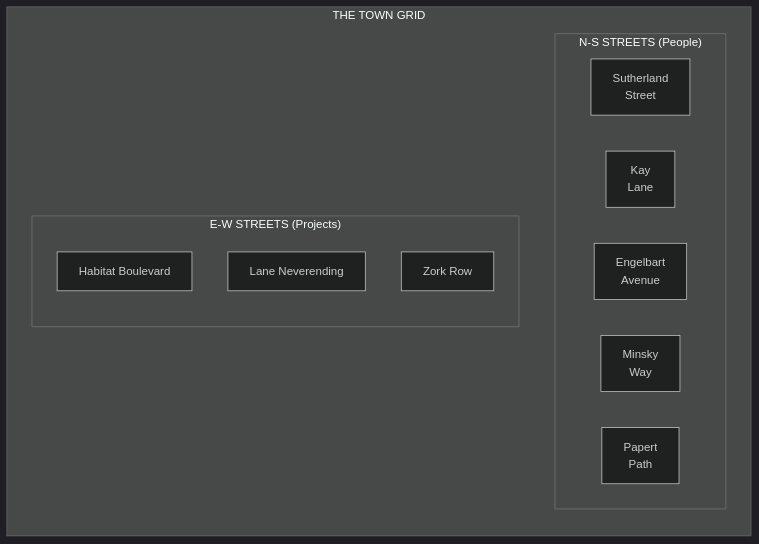
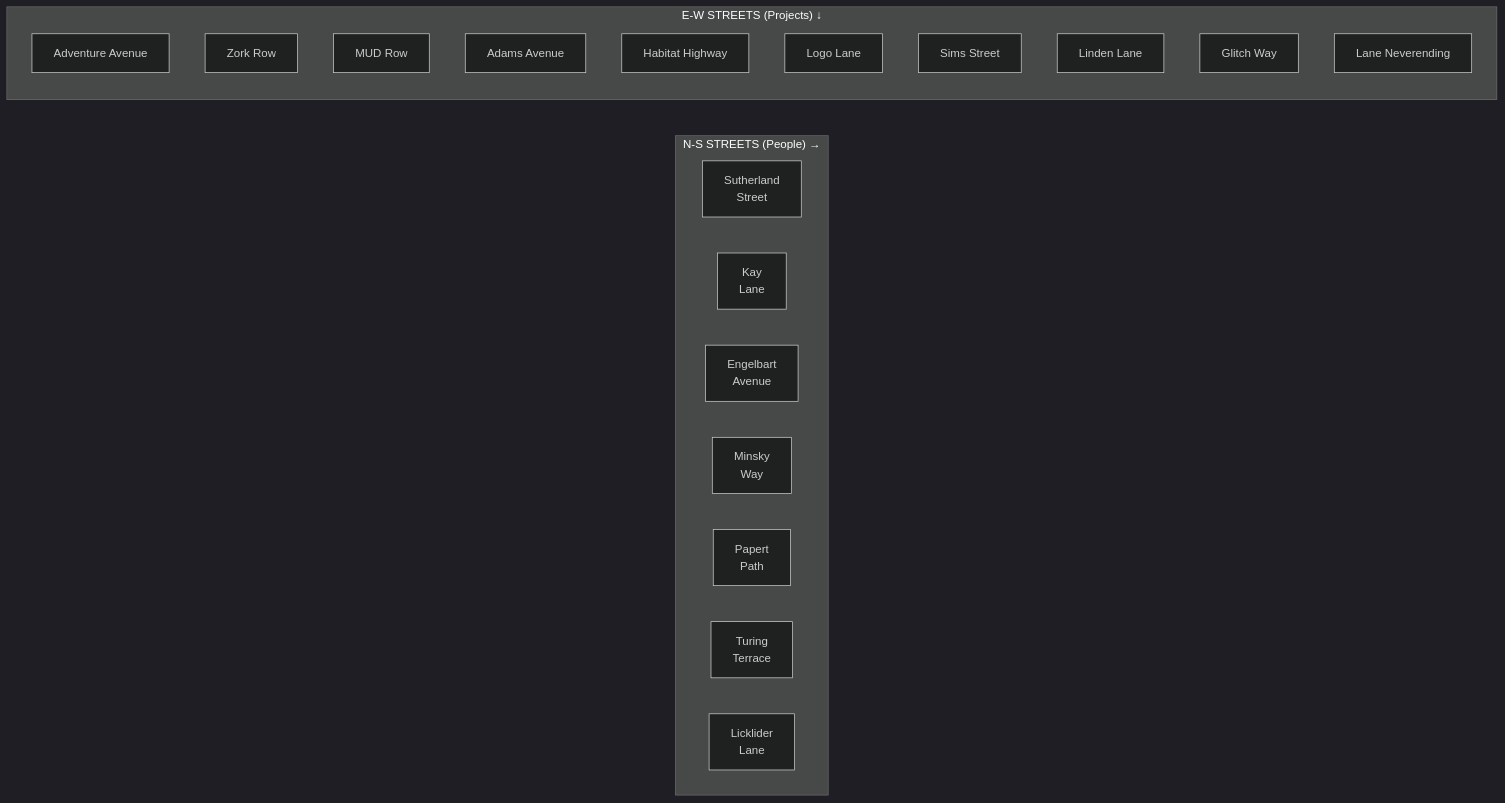
One commit to SimHacker/moollm changed the diagram in examples/adventure-4/street/README.md. Above: the diagram before and after it, drawn with Mermaid (dark theme).

Commit message:
Fix Mermaid diagram: correct syntax and all streets
- Use <br> instead of \n for line breaks
- E-W streets in vertical column (↓)
- N-S streets in horizontal row (→)
- Added all missing streets to both lists

````diff
--- a/examples/adventure-4/street/README.md
+++ b/examples/adventure-4/street/README.md
@@ -11,22 +11,27 @@
 ```mermaid
-flowchart TB
-    subgraph Grid["THE TOWN GRID"]
+flowchart LR
+    subgraph NS["N-S STREETS (People) →"]
+        direction LR
+        Suth["Sutherland<br>Street"]
+        Kay["Kay<br>Lane"]
+        Eng["Engelbart<br>Avenue"]
+        Min["Minsky<br>Way"]
+        Pap["Papert<br>Path"]
+        Tur["Turing<br>Terrace"]
+        Lic["Licklider<br>Lane"]
+    end
+    
+    subgraph EW["E-W STREETS (Projects) ↓"]
         direction TB
-        
-        subgraph NS["N-S STREETS (People)"]
-            direction LR
-            Suth["Sutherland\nStreet"]
-            Kay["Kay\nLane"]
-            Eng["Engelbart\nAvenue"]
-            Min["Minsky\nWay"]
-            Pap["Papert\nPath"]
-        end
-        
-        subgraph EW["E-W STREETS (Projects)"]
-            direction TB
-            Hab["Habitat Boulevard"]
-            Lane["Lane Neverending"]
-            Zork["Zork Row"]
-        end
+        Adv["Adventure Avenue"]
+        Zork["Zork Row"]
+        MUD["MUD Row"]
+        Adams["Adams Avenue"]
+        Hab["Habitat Highway"]
+        Logo["Logo Lane"]
+        Sims["Sims Street"]
+        Linden["Linden Lane"]
+        Glitch["Glitch Way"]
+        Lane["Lane Neverending"]
     end
 ```
````
